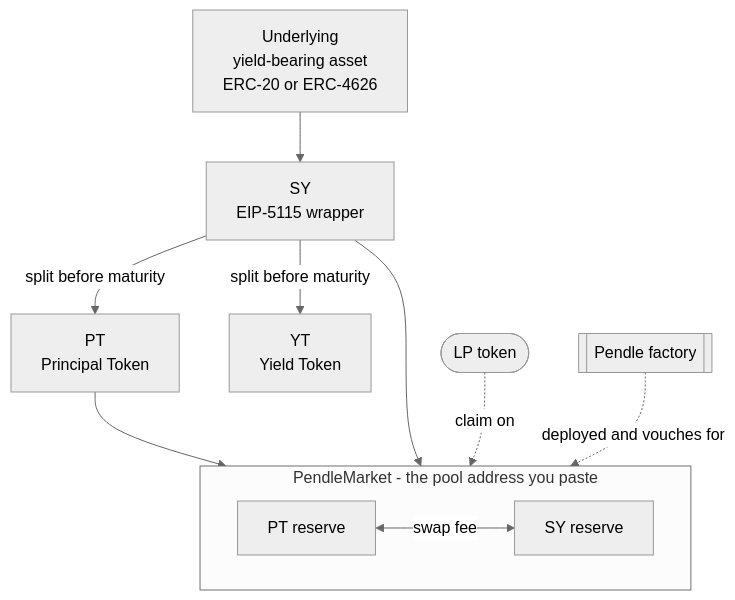
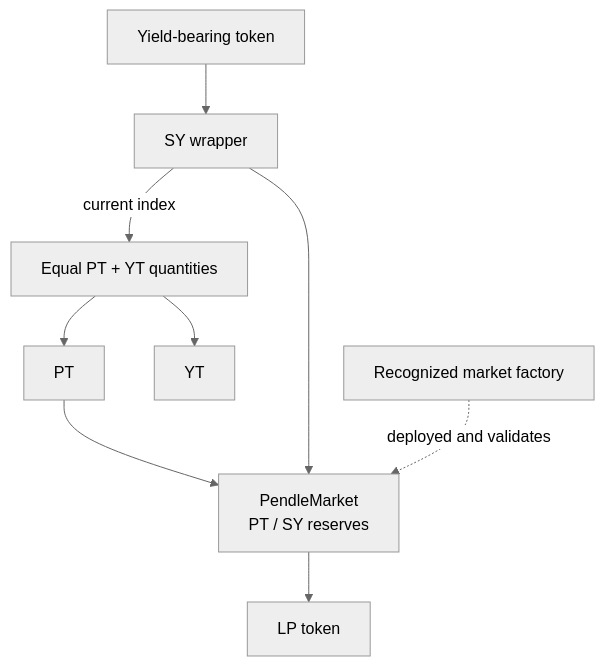
Before and after one commit to ggmatch-mod/open-pendle: the first of 2 diagrams in docs-site/concepts/pool-anatomy.md, drawn with Mermaid (neutral theme). The commit also changed other lines of this file and 74 other files, not shown here.

````diff
--- a/docs-site/concepts/pool-anatomy.md
+++ b/docs-site/concepts/pool-anatomy.md
@@ -17,14 +7,11 @@
 ```mermaid
 flowchart TD
-  U[Underlying<br/>yield-bearing asset<br/>ERC-20 or ERC-4626] --> SY[SY<br/>EIP-5115 wrapper]
-  SY -->|split before maturity| PT[PT<br/>Principal Token]
-  SY -->|split before maturity| YT[YT<br/>Yield Token]
-  subgraph MKT[PendleMarket - the pool address you paste]
-    direction LR
-    RPT[PT reserve] <-->|swap fee| RSY[SY reserve]
-  end
-  PT --> RPT
-  SY --> RSY
-  LP([LP token]) -.->|claim on| MKT
-  F[[Pendle factory]] -.->|deployed and vouches for| MKT
+  Y[Yield-bearing token] --> SY[SY wrapper]
+  SY -->|current index| PY[Equal PT + YT quantities]
+  PY --> PT[PT]
+  PY --> YT[YT]
+  PT --> M[PendleMarket<br/>PT / SY reserves]
+  SY --> M
+  M --> LP[LP token]
+  F[Recognized market factory] -.->|deployed and validates| M
 ```
````
